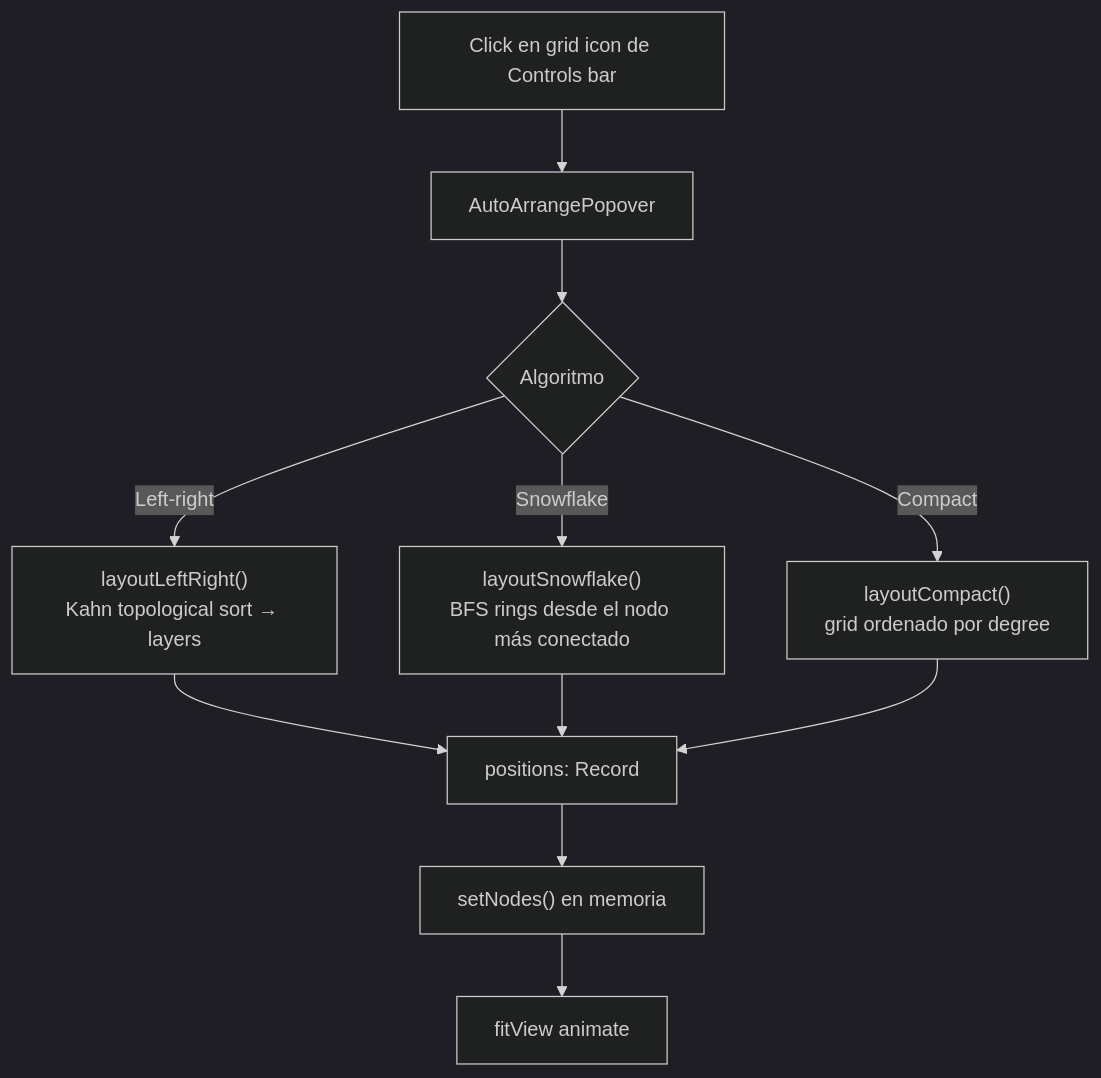
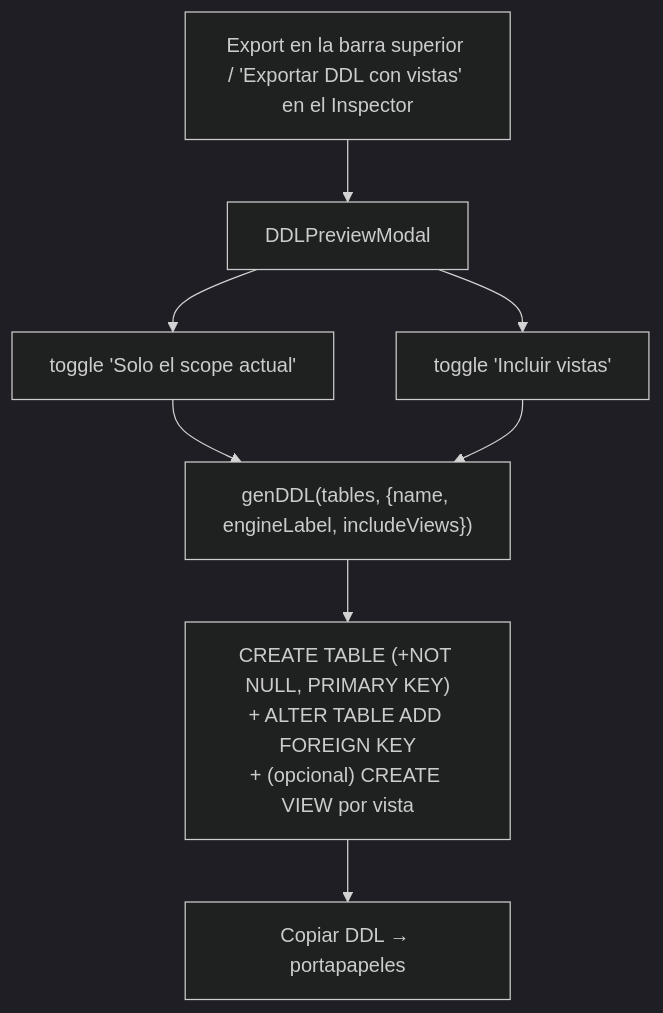
Before and after one commit to Carlosmps97/web-data-model-hub: the sixth of 7 diagrams in doc/data-flow.md, drawn with Mermaid (dark theme). The commit also changed other lines of this file and 118 other files, not shown here.

````diff
--- a/doc/data-flow.md
+++ b/doc/data-flow.md
@@ -358,13 +142,10 @@
 ```mermaid
 flowchart TD
-    A["Click en grid icon de Controls bar"] --> B["AutoArrangePopover"]
-    B --> C{"Algoritmo"}
-    C -->|"Left-right"| LR["layoutLeftRight()<br/>Kahn topological sort → layers"]
-    C -->|"Snowflake"| SF["layoutSnowflake()<br/>BFS rings desde el nodo más conectado"]
-    C -->|"Compact"| CP["layoutCompact()<br/>grid ordenado por degree"]
-    LR --> P["positions: Record<id, {x,y}>"]
-    SF --> P
-    CP --> P
-    P --> N["setNodes() en memoria"]
-    N --> F["fitView animate"]
+    A["Export en la barra superior / 'Exportar DDL con vistas' en el Inspector"] --> M["DDLPreviewModal"]
+    M --> O1["toggle 'Solo el scope actual'"]
+    M --> O2["toggle 'Incluir vistas'"]
+    O1 --> G["genDDL(tables, {name, engineLabel, includeViews})"]
+    O2 --> G
+    G --> SQL["CREATE TABLE (+NOT NULL, PRIMARY KEY)<br/>+ ALTER TABLE ADD FOREIGN KEY<br/>+ (opcional) CREATE VIEW por vista"]
+    SQL --> CP["Copiar DDL → portapapeles"]
 ```
````
